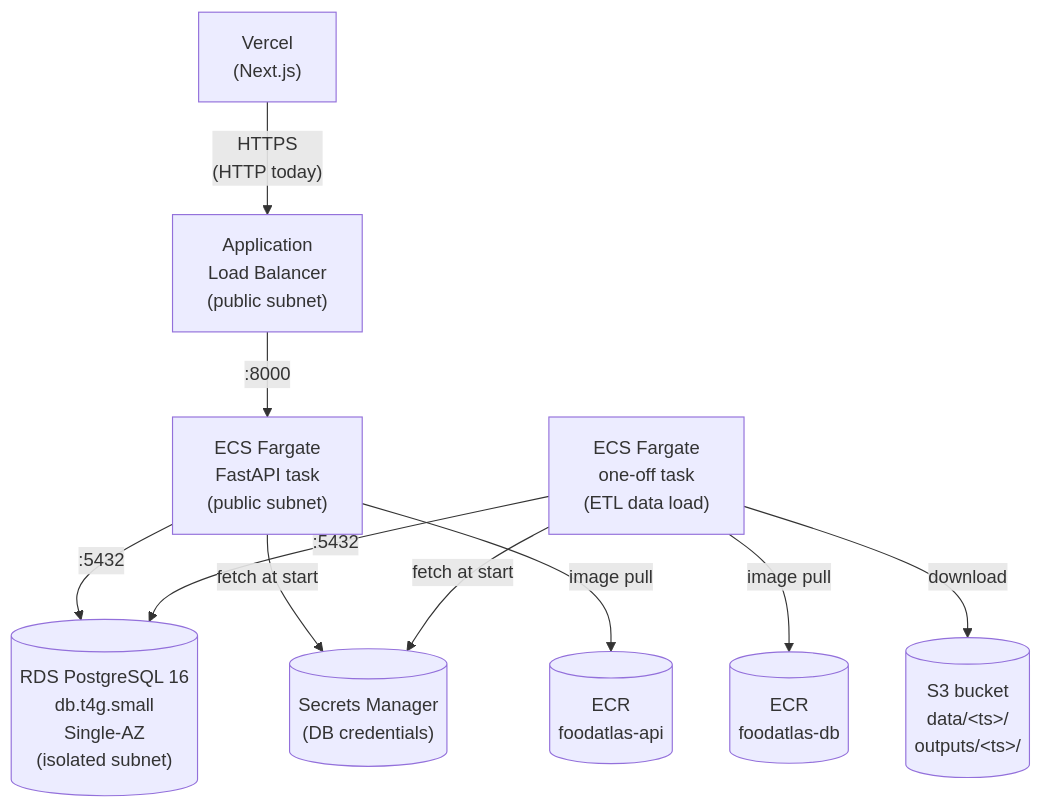
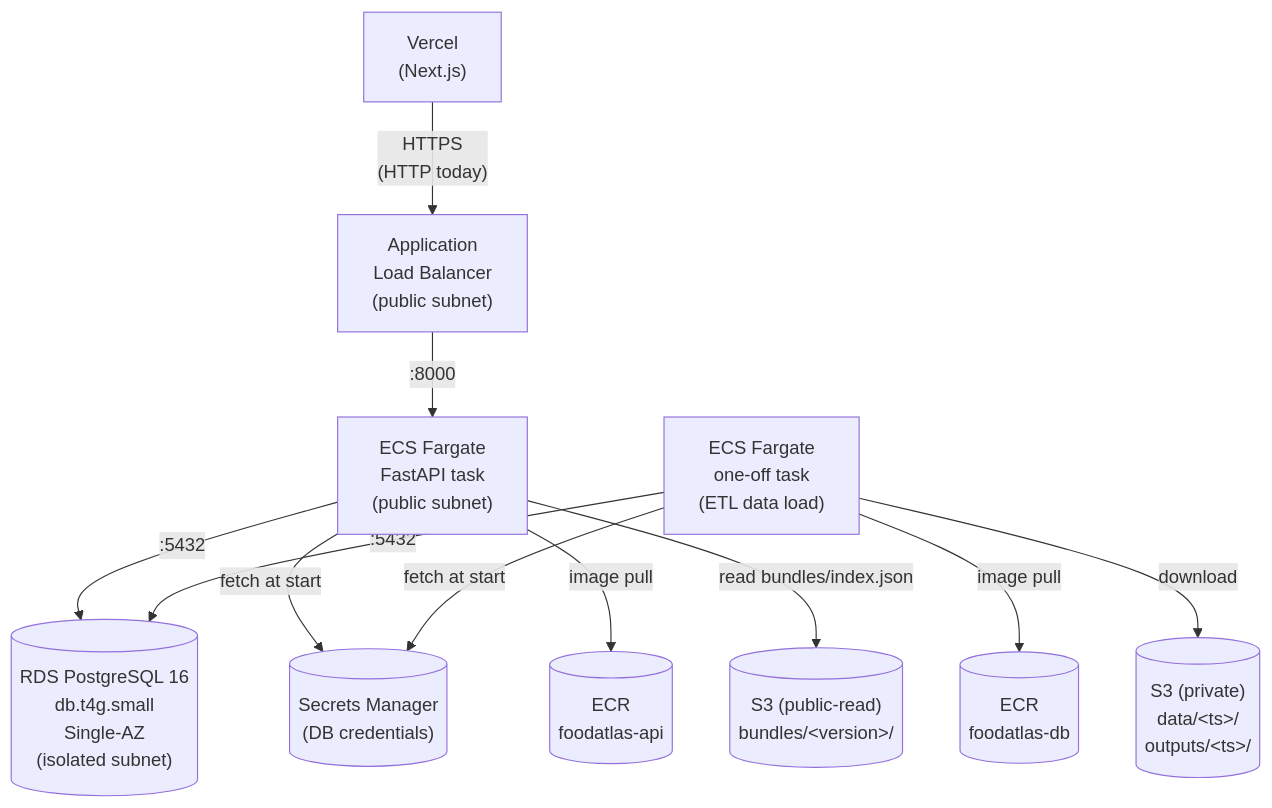
One commit to AI-Institute-Food-Systems/foodatlas changed the second of 3 diagrams in infra/README.md. Above: the diagram before and after it, drawn with Mermaid. The commit also changed other lines of this file and 16 other files, not shown here.

````diff
--- a/infra/README.md
+++ b/infra/README.md
@@ -82,22 +82,24 @@
 ```mermaid
 flowchart TB
     vercel["Vercel<br/>(Next.js)"]
     alb["Application<br/>Load Balancer<br/>(public subnet)"]
     api["ECS Fargate<br/>FastAPI task<br/>(public subnet)"]
     rds[("RDS PostgreSQL 16<br/>db.t4g.small<br/>Single-AZ<br/>(isolated subnet)")]
     secrets[("Secrets Manager<br/>(DB credentials)")]
-    s3[("S3 bucket<br/>data/&lt;ts&gt;/<br/>outputs/&lt;ts&gt;/")]
+    s3[("S3 (private)<br/>data/&lt;ts&gt;/<br/>outputs/&lt;ts&gt;/")]
+    downloads[("S3 (public-read)<br/>bundles/&lt;version&gt;/")]
     jobs["ECS Fargate<br/>one-off task<br/>(ETL data load)"]
     ecr_api[("ECR<br/>foodatlas-api")]
     ecr_db[("ECR<br/>foodatlas-db")]
 
     vercel -->|"HTTPS<br/>(HTTP today)"| alb
     alb -->|":8000"| api
     api -->|":5432"| rds
     api -->|"fetch at start"| secrets
     api -->|"image pull"| ecr_api
+    api -->|"read bundles/index.json"| downloads
     jobs -->|":5432"| rds
     jobs -->|"fetch at start"| secrets
     jobs -->|"image pull"| ecr_db
     jobs -->|"download"| s3
 ```
````
